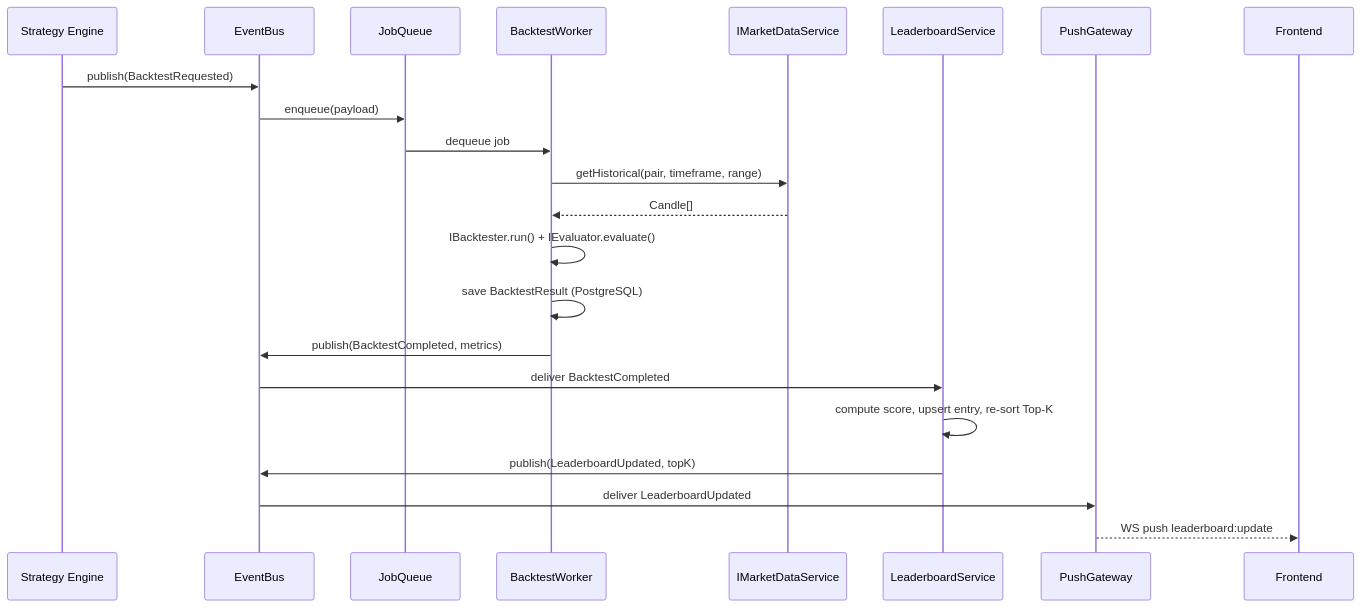
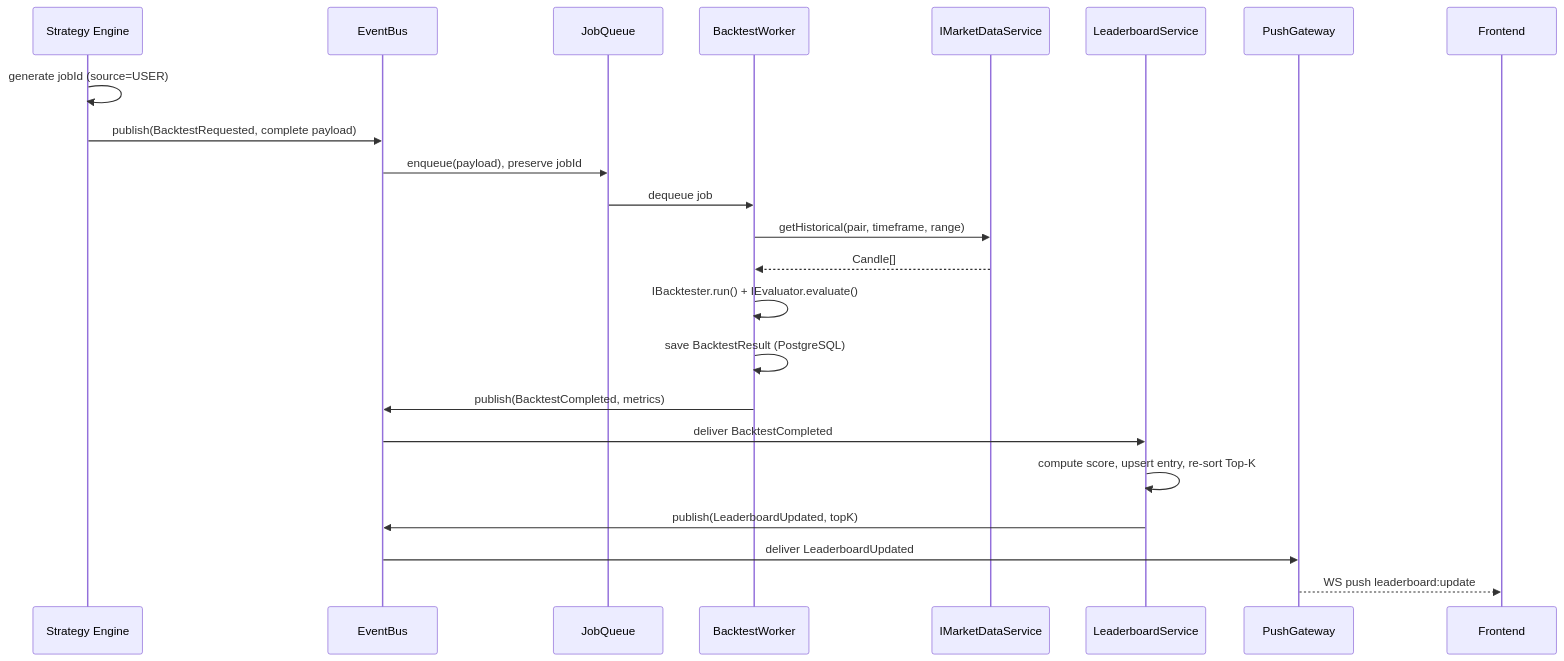
One commit to Hoang105205/Crypto-Strategy-Lab changed the second of 4 diagrams in kb/modules/event-infrastructure.md. Above: the diagram before and after it, drawn with Mermaid. The commit also changed other lines of this file and 7 other files, not shown here.

Commit message:
docs(backtest): align event ownership and payload contracts

````diff
--- a/kb/modules/event-infrastructure.md
+++ b/kb/modules/event-infrastructure.md
@@ -173,25 +175,26 @@
 ```mermaid
 sequenceDiagram
     participant SE as Strategy Engine
     participant EB as EventBus
     participant JQ as JobQueue
     participant W as BacktestWorker
     participant MD as IMarketDataService
     participant LB as LeaderboardService
     participant WS as PushGateway
     participant FE as Frontend
 
-    SE->>EB: publish(BacktestRequested)
-    EB->>JQ: enqueue(payload)
+    SE->>SE: generate jobId (source=USER)
+    SE->>EB: publish(BacktestRequested, complete payload)
+    EB->>JQ: enqueue(payload), preserve jobId
     JQ->>W: dequeue job
     W->>MD: getHistorical(pair, timeframe, range)
     MD-->>W: Candle[]
     W->>W: IBacktester.run() + IEvaluator.evaluate()
     W->>W: save BacktestResult (PostgreSQL)
     W->>EB: publish(BacktestCompleted, metrics)
     EB->>LB: deliver BacktestCompleted
     LB->>LB: compute score, upsert entry, re-sort Top-K
     LB->>EB: publish(LeaderboardUpdated, topK)
     EB->>WS: deliver LeaderboardUpdated
     WS-->>FE: WS push leaderboard:update
 ```
````
